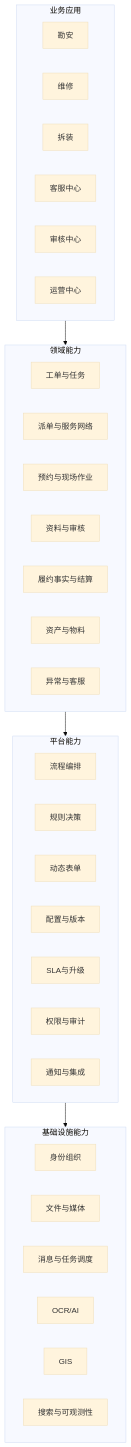
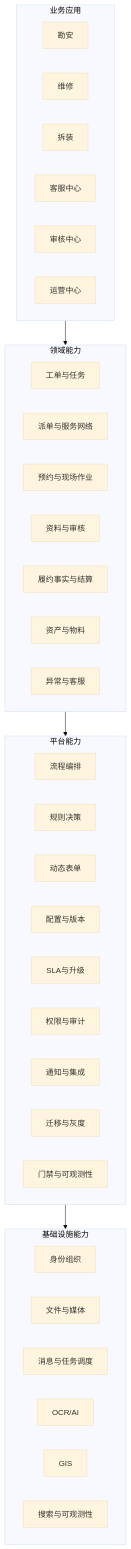
Before and after one commit to hctwgl/serviceos: the diagram in serviceos-architecture/architecture/02-capability-map.md, drawn with Mermaid (base theme). The commit also changed other lines of this file and 17 other files, not shown here.

````diff
--- a/serviceos-architecture/architecture/02-capability-map.md
+++ b/serviceos-architecture/architecture/02-capability-map.md
@@ -11,44 +11,46 @@
 ```mermaid
 flowchart TB
   subgraph APP["业务应用"]
     I1["勘安"]
     I2["维修"]
     I3["拆装"]
     I4["客服中心"]
     I5["审核中心"]
     I6["运营中心"]
   end
 
   subgraph CORE["领域能力"]
     C1["工单与任务"]
     C2["派单与服务网络"]
     C3["预约与现场作业"]
     C4["资料与审核"]
     C5["履约事实与结算"]
     C6["资产与物料"]
     C7["异常与客服"]
   end
 
   subgraph PLATFORM["平台能力"]
     P1["流程编排"]
     P2["规则决策"]
     P3["动态表单"]
     P4["配置与版本"]
     P5["SLA与升级"]
     P6["权限与审计"]
     P7["通知与集成"]
+    P8["迁移与灰度"]
+    P9["门禁与可观测性"]
   end
 
   subgraph FOUNDATION["基础设施能力"]
     F1["身份组织"]
     F2["文件与媒体"]
     F3["消息与任务调度"]
     F4["OCR/AI"]
     F5["GIS"]
     F6["搜索与可观测性"]
   end
 
   APP --> CORE
   CORE --> PLATFORM
   PLATFORM --> FOUNDATION
 ```
````
